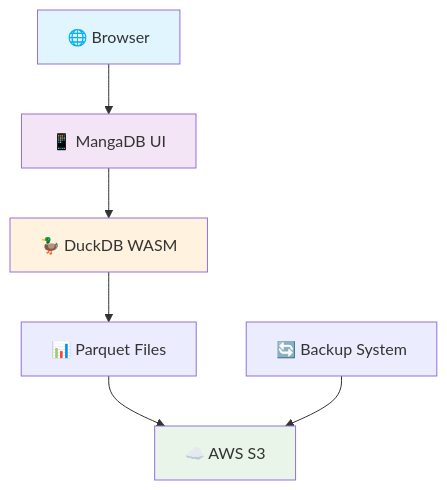
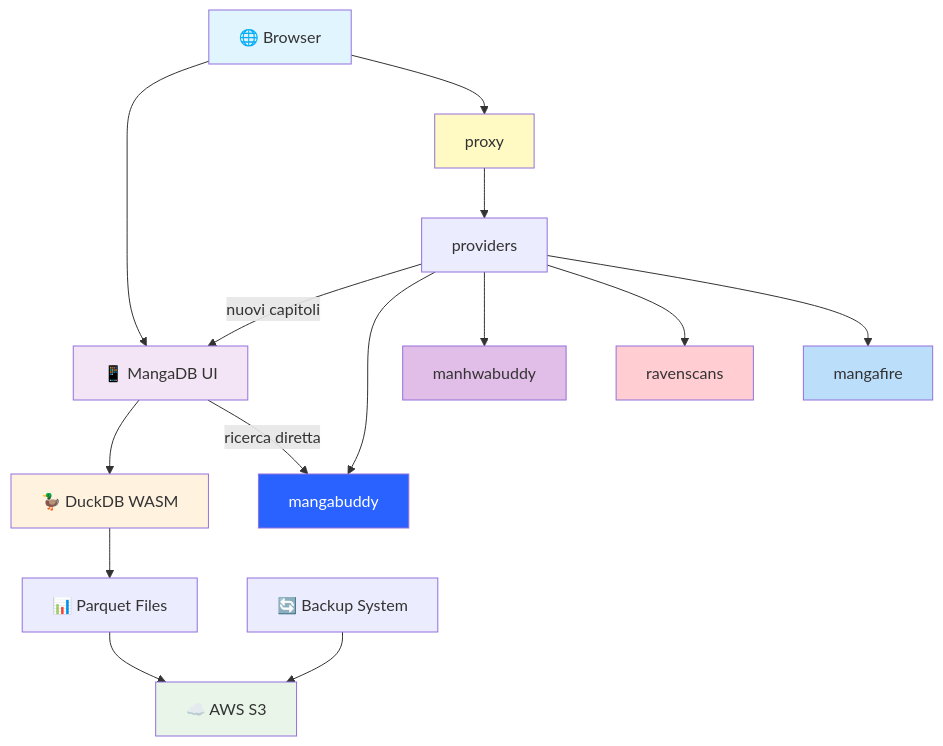
Before and after one commit to DuPont9029/mangadb: the diagram in README.md, drawn with Mermaid.

Commit message:
Update technology architecture diagram in README

````diff
--- a/README.md
+++ b/README.md
@@ -105,13 +105,32 @@
 ```mermaid
-graph TB
-    A["🌐 Browser"] --> B["📱 MangaDB UI"]
+---
+config:
+  layout: fixed
+---
+flowchart TB
+    A["🌐 Browser"] --> B["📱 MangaDB UI"] & n6["proxy"]
     B --> C["🦆 DuckDB WASM"]
     C --> E["📊 Parquet Files"]
     E --> D["☁️ AWS S3"]
     F["🔄 Backup System"] --> D
+    n1["providers"] -- nuovi capitoli --> B
+    n1 --> n2["mangabuddy"] & n3["manhwabuddy"] & n4["ravenscans"] & n5["mangafire"]
+    B -- ricerca diretta --> n2
+    n6 --> n1
 
+    n6@{ shape: rect}
+    n1@{ shape: rect}
+    n2@{ shape: rect}
+    n3@{ shape: rect}
+    n4@{ shape: rect}
+    n5@{ shape: rect}
     style A fill:#e1f5fe
     style B fill:#f3e5f5
+    style n6 fill:#FFF9C4
     style C fill:#fff3e0
     style D fill:#e8f5e8
+    style n2 fill:#2962FF,color:#FFFFFF
+    style n3 fill:#E1BEE7
+    style n4 fill:#FFCDD2
+    style n5 fill:#BBDEFB
 ```
````
